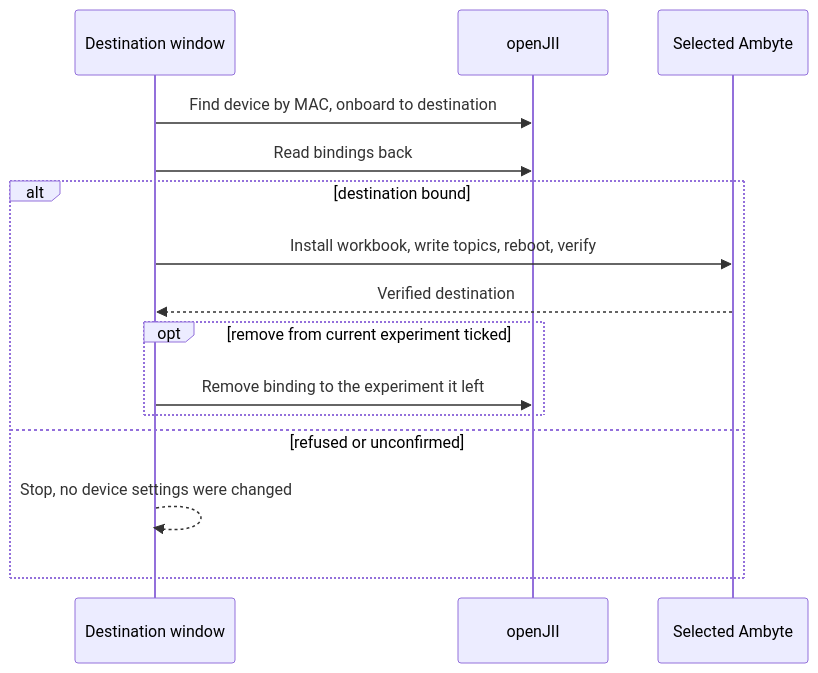
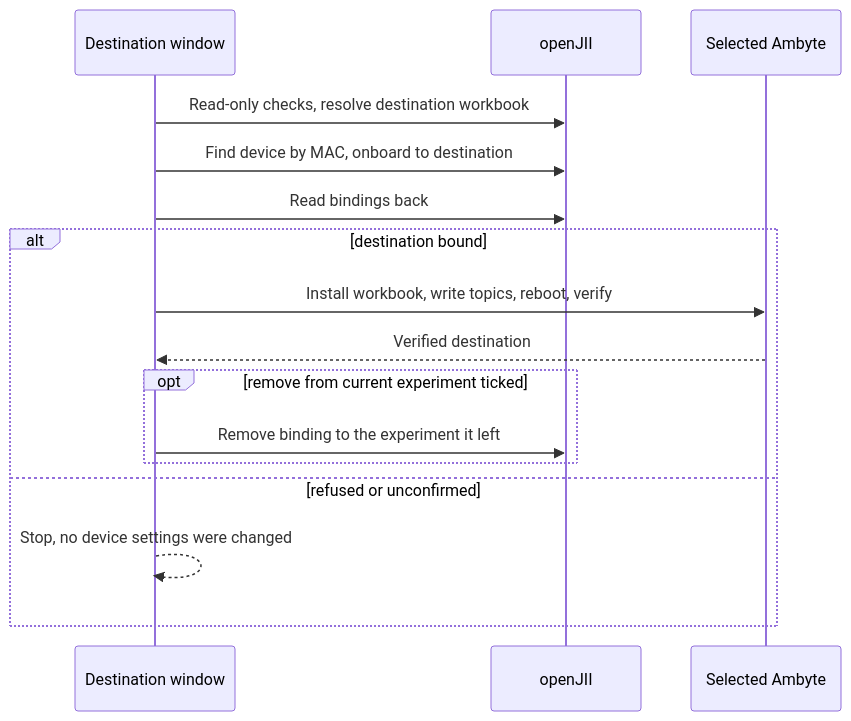
One commit to Jan-IngenHousz-Institute/ambyte-iot changed the first of 4 diagrams in docs/usb-experiment-maintenance.md. Above: the diagram before and after it, drawn with Mermaid. The commit also changed other lines of this file and 5 other files, not shown here.

````diff
--- a/docs/usb-experiment-maintenance.md
+++ b/docs/usb-experiment-maintenance.md
@@ -50,17 +56,18 @@
 ```mermaid
 sequenceDiagram
     participant GUI as Destination window
     participant API as openJII
     participant USB as Selected Ambyte
+    GUI->>API: Read-only checks, resolve destination workbook
     GUI->>API: Find device by MAC, onboard to destination
     GUI->>API: Read bindings back
     alt destination bound
         GUI->>USB: Install workbook, write topics, reboot, verify
         USB-->>GUI: Verified destination
         opt remove from current experiment ticked
             GUI->>API: Remove binding to the experiment it left
         end
     else refused or unconfirmed
         GUI-->>GUI: Stop, no device settings were changed
     end
 ```
````
